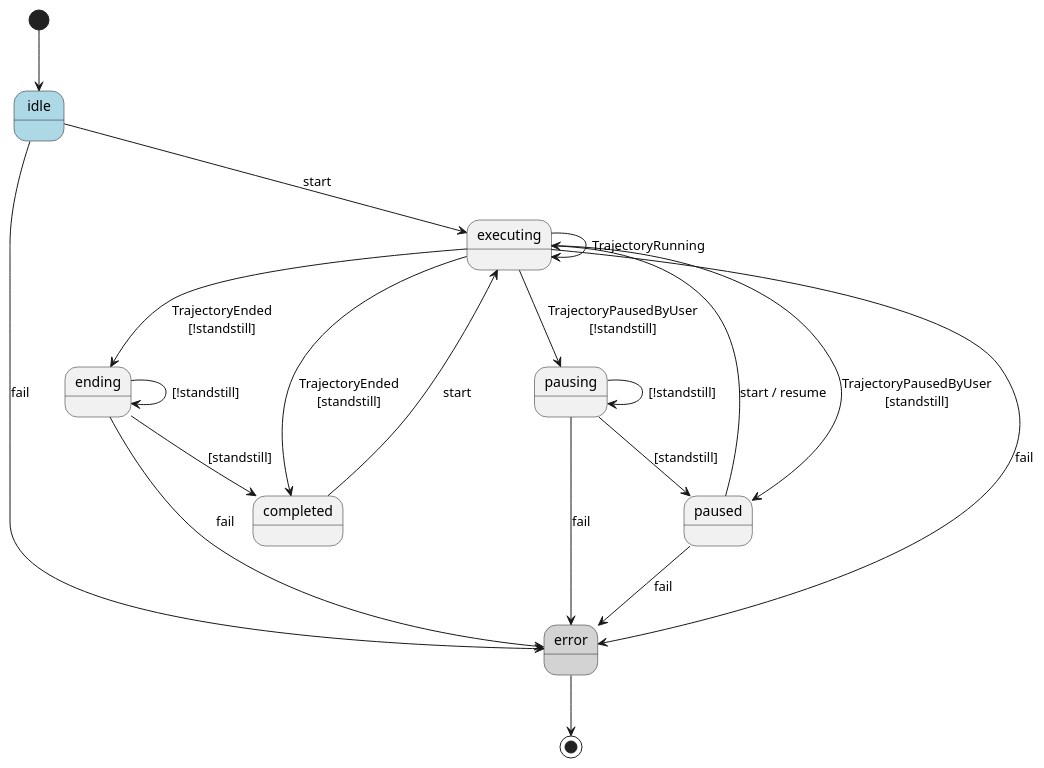
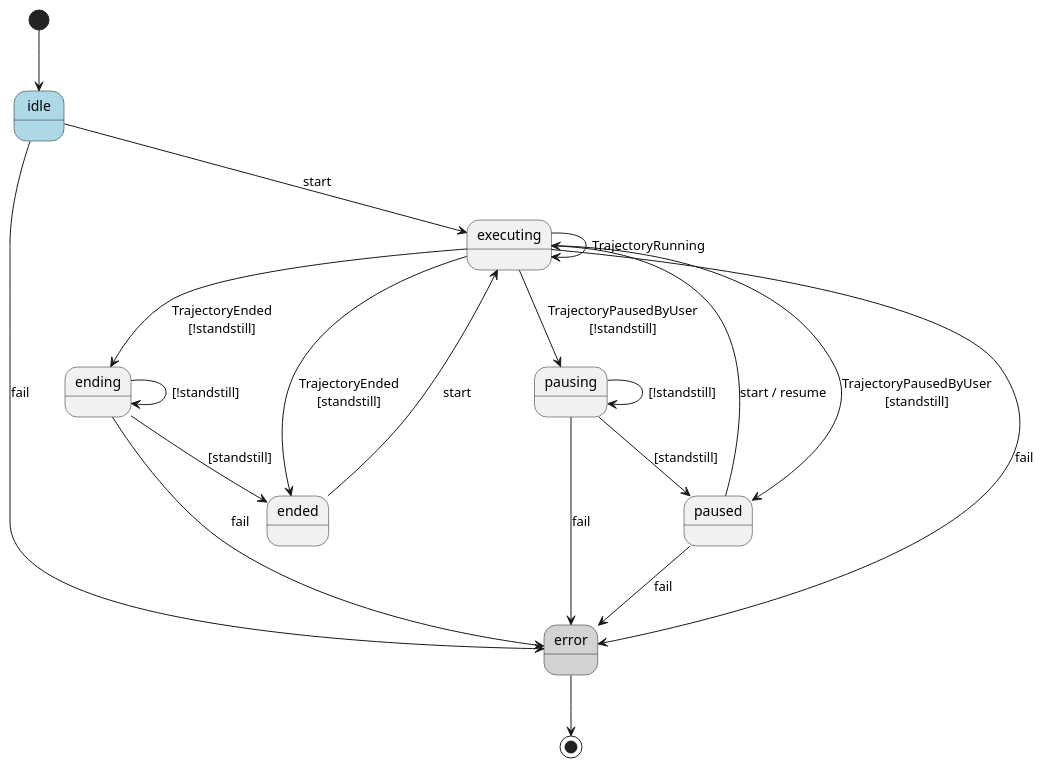
The first of 2 diagrams in nova/cell/movement_controller/README.md (wandelbotsgmbh/wandelbots-nova), drawn with PlantUML before and after one commit. The commit also changed other lines of this file and 3 other files, not shown here.

Commit message:
refactor: rename 'completed' state to 'ended' in trajectory state machine

````diff
--- a/nova/cell/movement_controller/README.md
+++ b/nova/cell/movement_controller/README.md
@@ -34,38 +34,38 @@
 ```plantuml
 @startuml TrajectoryExecutionMachine
 skinparam state {
     BackgroundColor<<initial>> LightBlue
     BackgroundColor<<final>> LightGray
 }
 
 [*] --> idle
 
 state idle <<initial>>
 state error <<final>>
 
 idle --> executing : start
 paused --> executing : start / resume
-completed --> executing : start
+ended --> executing : start
 
 executing --> executing : TrajectoryRunning
-executing --> completed : TrajectoryEnded\n[standstill]
+executing --> ended : TrajectoryEnded\n[standstill]
 executing --> ending : TrajectoryEnded\n[!standstill]
 executing --> paused : TrajectoryPausedByUser\n[standstill]
 executing --> pausing : TrajectoryPausedByUser\n[!standstill]
 
 ending --> ending : [!standstill]
-ending --> completed : [standstill]
+ending --> ended : [standstill]
 
 pausing --> pausing : [!standstill]
 pausing --> paused : [standstill]
 
 idle --> error : fail
 executing --> error : fail
 ending --> error : fail
 pausing --> error : fail
 paused --> error : fail
 
 error --> [*]
 
 @enduml
 ```
````
